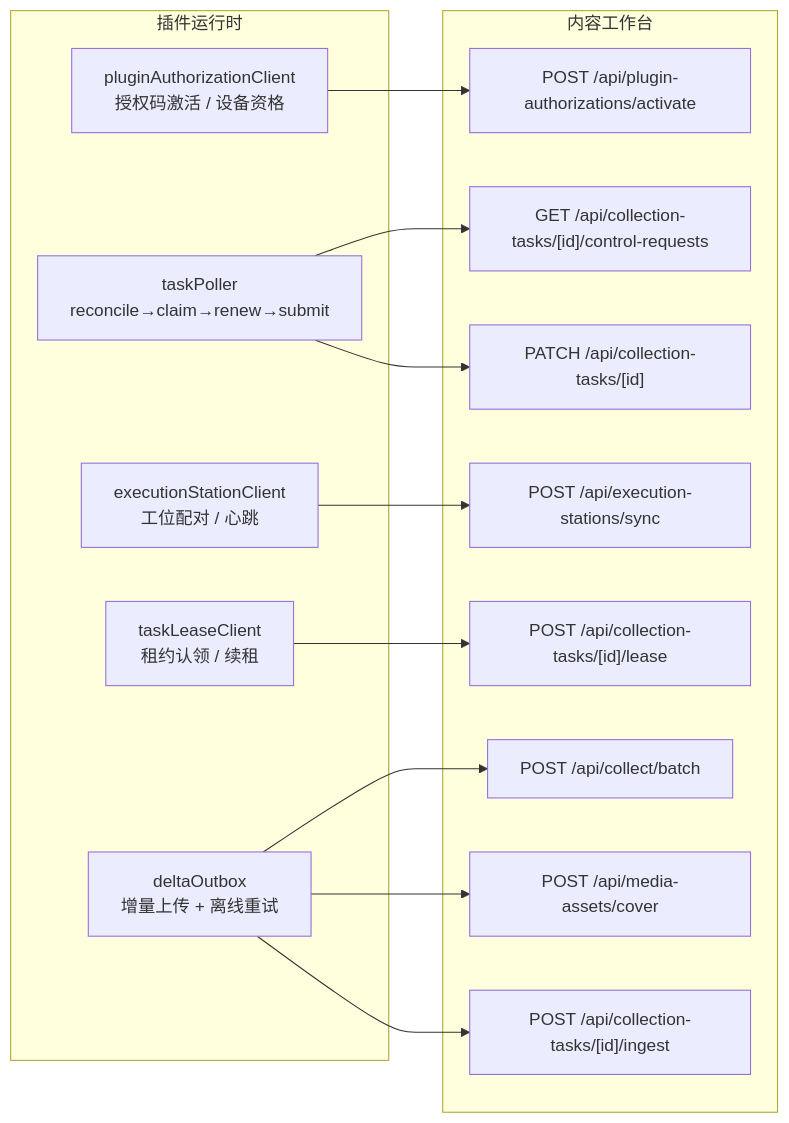
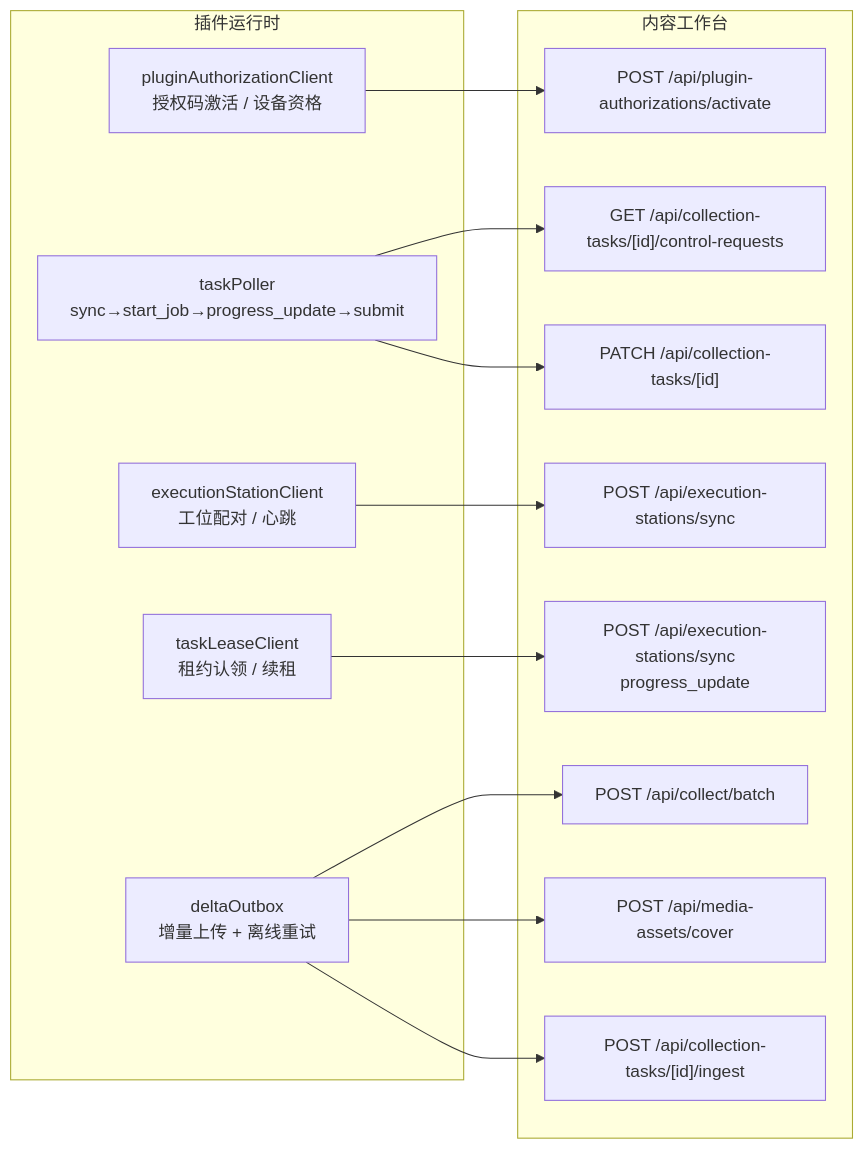
Before and after one commit to Himog0921/linggan-boom: the fifth of 6 diagrams in docs/product/PRD.md, drawn with Mermaid. The commit also changed other lines of this file and 23 other files, not shown here.

````diff
--- a/docs/product/PRD.md
+++ b/docs/product/PRD.md
@@ -647,29 +647,29 @@
 ```mermaid
 flowchart LR
     subgraph 内容工作台
         API1["POST /api/plugin-authorizations/activate"]
         API2["POST /api/collect/batch"]
         API3["POST /api/media-assets/cover"]
         API4["POST /api/execution-stations/sync"]
-        API5["POST /api/collection-tasks/[id]/lease"]
+        API5["POST /api/execution-stations/sync<br/>progress_update"]
         API6["POST /api/collection-tasks/[id]/ingest"]
         API7["GET /api/collection-tasks/[id]/control-requests"]
         API8["PATCH /api/collection-tasks/[id]"]
     end
     subgraph 插件运行时
         AUTH["pluginAuthorizationClient<br/>授权码激活 / 设备资格"]
-        POLL["taskPoller<br/>reconcile→claim→renew→submit"]
+        POLL["taskPoller<br/>sync→start_job→progress_update→submit"]
         STN["executionStationClient<br/>工位配对 / 心跳"]
         LEASE["taskLeaseClient<br/>租约认领 / 续租"]
         OUTBOX["deltaOutbox<br/>增量上传 + 离线重试"]
     end
 
     AUTH --> API1
     OUTBOX --> API2
     OUTBOX --> API3
     STN --> API4
     LEASE --> API5
     OUTBOX --> API6
     POLL --> API7
     POLL --> API8
 ```
````
